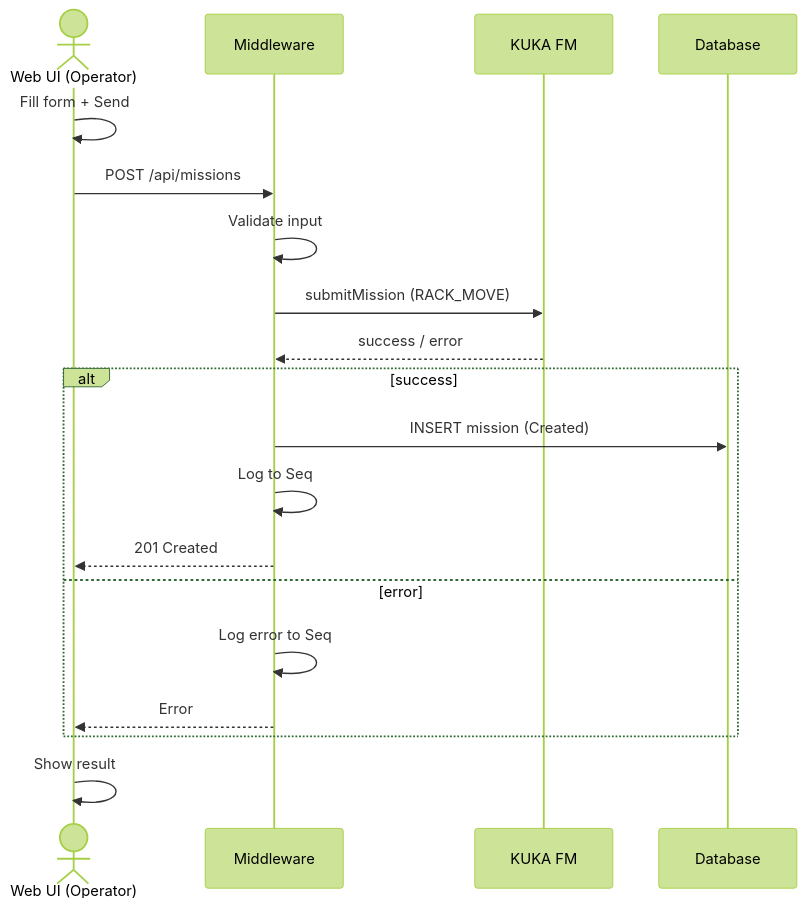
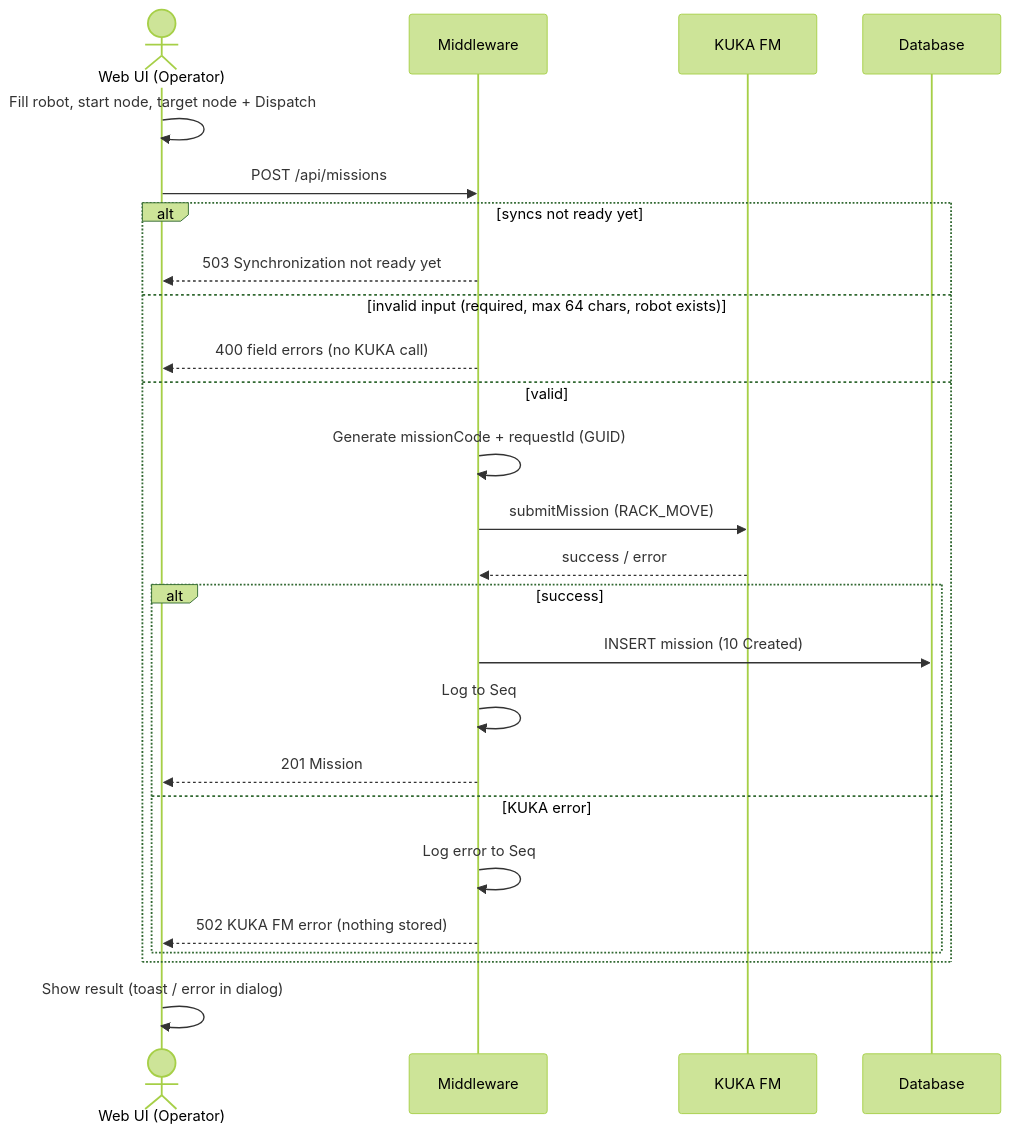
The first of 8 diagrams in documentation/specification.md (FEI-thridos/ITS), drawn with Mermaid (forest theme) before and after one commit. The commit also changed other lines of this file and 68 other files, not shown here.

````diff
--- a/documentation/specification.md
+++ b/documentation/specification.md
@@ -62,22 +62,28 @@
 ```mermaid
 sequenceDiagram
     actor UI as Web UI (Operator)
     participant MW as Middleware
     participant KUKA as KUKA FM
     participant DB as Database
 
-    UI->>UI: Fill form + Send
+    UI->>UI: Fill robot, start node, target node + Dispatch
     UI->>MW: POST /api/missions
-    MW->>MW: Validate input
-    MW->>KUKA: submitMission (RACK_MOVE)
-    KUKA-->>MW: success / error
-    alt success
-        MW->>DB: INSERT mission (Created)
-        MW->>MW: Log to Seq
-        MW-->>UI: 201 Created
-    else error
-        MW->>MW: Log error to Seq
-        MW-->>UI: Error
+    alt syncs not ready yet
+        MW-->>UI: 503 Synchronization not ready yet
+    else invalid input (required, max 64 chars, robot exists)
+        MW-->>UI: 400 field errors (no KUKA call)
+    else valid
+        MW->>MW: Generate missionCode + requestId (GUID)
+        MW->>KUKA: submitMission (RACK_MOVE)
+        KUKA-->>MW: success / error
+        alt success
+            MW->>DB: INSERT mission (10 Created)
+            MW->>MW: Log to Seq
+            MW-->>UI: 201 Mission
+        else KUKA error
+            MW->>MW: Log error to Seq
+            MW-->>UI: 502 KUKA FM error (nothing stored)
+        end
     end
-    UI->>UI: Show result
+    UI->>UI: Show result (toast / error in dialog)
 ```
````
